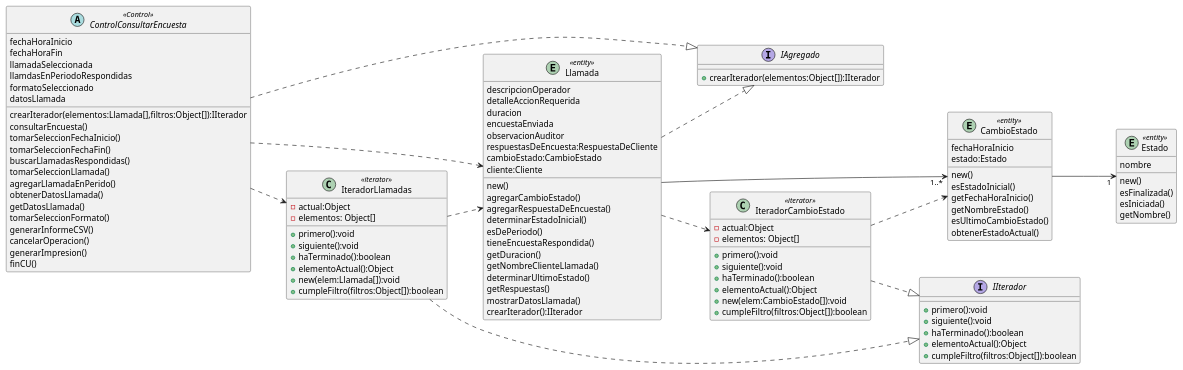
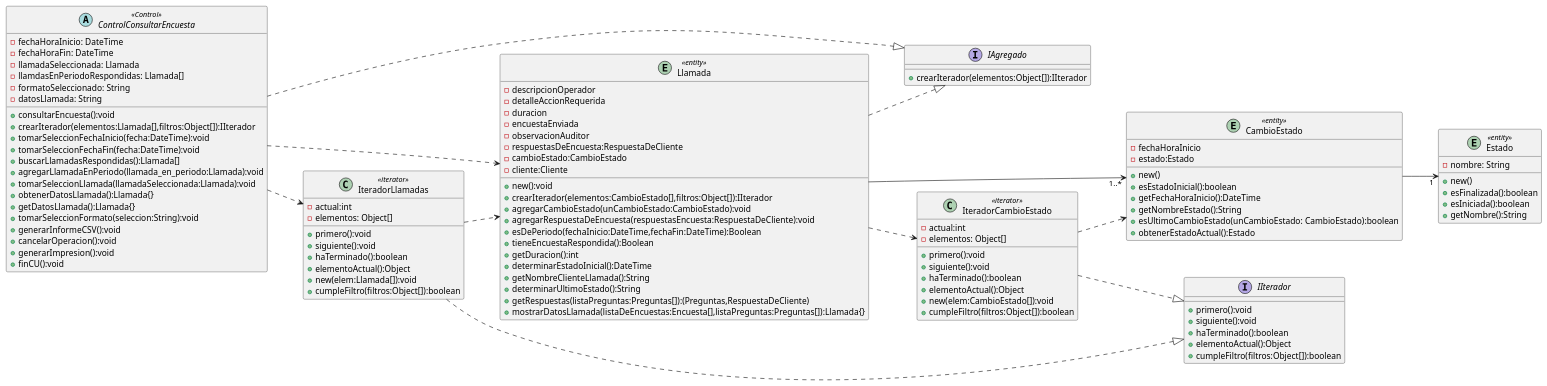
The diagram in PPAI/entrega3/cu44 classDiagram.puml (ReynaTeodoro/2023DSI), drawn with PlantUML before and after one commit. The commit also changed 3 other files, not shown here.

Commit message:
Diagramas Consistentes con el codigo

```diff
--- a/PPAI/entrega3/cu44 classDiagram.puml
+++ b/PPAI/entrega3/cu44 classDiagram.puml
@@ -1,126 +1,126 @@
 @startuml
 left to right direction
 entity CambioEstado <<entity>>{
-fechaHoraInicio
-estado:Estado
+-fechaHoraInicio
+-estado:Estado
 
-new()
-esEstadoInicial()
-getFechaHoraInicio()
-getNombreEstado()
-esUltimoCambioEstado()
-obtenerEstadoActual()
++new()
++esEstadoInicial():boolean
++getFechaHoraInicio():DateTime
++getNombreEstado():String
++esUltimoCambioEstado(unCambioEstado: CambioEstado):boolean
++obtenerEstadoActual():Estado
 }
 
 entity Estado <<entity>>{
-nombre
+-nombre: String
 
-new()
-esFinalizada()
-esIniciada()
-getNombre()
++new()
++esFinalizada():boolean
++esIniciada():boolean
++getNombre():String
 }
 interface IAgregado{
     + crearIterador(elementos:Object[]):IIterador
 }
 
 interface IIterador{
     + primero():void
     + siguiente():void
     + haTerminado():boolean
     + elementoActual():Object
     + cumpleFiltro(filtros:Object[]):boolean
 }
 class IteradorLlamadas<<iterator>>{
-  - actual:Object
+  - actual:int
   - elementos: Object[]
 
   + primero():void
   + siguiente():void
   + haTerminado():boolean
   + elementoActual():Object
   + new(elem:Llamada[]):void
   + cumpleFiltro(filtros:Object[]):boolean
 }
 
 class IteradorCambioEstado<<iterator>>{
-  - actual:Object
+  - actual:int
   - elementos: Object[]
 
   + primero():void
   + siguiente():void
   + haTerminado():boolean
   + elementoActual():Object
   + new(elem:CambioEstado[]):void
   + cumpleFiltro(filtros:Object[]):boolean
 }
 
 
 entity Llamada <<entity>> {
-descripcionOperador
-detalleAccionRequerida
-duracion
-encuestaEnviada
-observacionAuditor
-respuestasDeEncuesta:RespuestaDeCliente
-cambioEstado:CambioEstado
-cliente:Cliente
+- descripcionOperador
+- detalleAccionRequerida
+-duracion
+-encuestaEnviada
+-observacionAuditor
+-respuestasDeEncuesta:RespuestaDeCliente
+-cambioEstado:CambioEstado
+-cliente:Cliente
++new():void
++crearIterador(elementos:CambioEstado[],filtros:Object[]):IIterador
++agregarCambioEstado(unCambioEstado:CambioEstado):void
++agregarRespuestaDeEncuesta(respuestasEncuesta:RespuestaDeCliente):void
++esDePeriodo(fechaInicio:DateTime,fechaFin:DateTime):Boolean
++tieneEncuestaRespondida():Boolean
++getDuracion():int
++determinarEstadoInicial():DateTime
++getNombreClienteLlamada():String
++determinarUltimoEstado():String
++getRespuestas(listaPreguntas:Preguntas[]):(Preguntas,RespuestaDeCliente)
++mostrarDatosLlamada(listaDeEncuestas:Encuesta[],listaPreguntas:Preguntas[]):Llamada{}
 
-new()
-agregarCambioEstado()
-agregarRespuestaDeEncuesta()
-determinarEstadoInicial()
-esDePeriodo()
-tieneEncuestaRespondida()
-getDuracion()
-getNombreClienteLlamada()
-determinarUltimoEstado()
-getRespuestas()
-mostrarDatosLlamada()
-crearIterador():IIterador
 }
 
 
 
 abstract ControlConsultarEncuesta<<Control>>{
-fechaHoraInicio
-fechaHoraFin
-llamadaSeleccionada
-llamdasEnPeriodoRespondidas
-formatoSeleccionado
-datosLlamada
+- fechaHoraInicio: DateTime
+- fechaHoraFin: DateTime
+- llamadaSeleccionada: Llamada
+- llamdasEnPeriodoRespondidas: Llamada[]
+- formatoSeleccionado: String
+- datosLlamada: String
 
-crearIterador(elementos:Llamada[],filtros:Object[]):IIterador
-consultarEncuesta()
-tomarSeleccionFechaInicio()
-tomarSeleccionFechaFin()
-buscarLlamadasRespondidas()
-tomarSeleccionLlamada()
-agregarLlamadaEnPerido()
-obtenerDatosLlamada()
-getDatosLlamada()
-tomarSeleccionFormato()
-generarInformeCSV()
-cancelarOperacion()
-generarImpresion()
-finCU()
++consultarEncuesta():void
++crearIterador(elementos:Llamada[],filtros:Object[]):IIterador
++tomarSeleccionFechaInicio(fecha:DateTime):void
++tomarSeleccionFechaFin(fecha:DateTime):void
++buscarLlamadasRespondidas():Llamada[]
++agregarLlamadaEnPeriodo(llamada_en_periodo:Llamada):void
++tomarSeleccionLlamada(llamadaSeleccionada:Llamada):void
++obtenerDatosLlamada():Llamada{}
++getDatosLlamada():Llamada{}
++tomarSeleccionFormato(seleccion:String):void
++generarInformeCSV():void
++cancelarOperacion():void
++generarImpresion():void
++finCU():void
 }
 CambioEstado-->"1"Estado
 IteradorLlamadas ..> Llamada
 IteradorCambioEstado ..> CambioEstado
 Llamada -->"1..*"CambioEstado
 
 
 
 IteradorLlamadas ..|> IIterador
 IteradorCambioEstado ..|> IIterador
 ControlConsultarEncuesta ..|> IAgregado
 Llamada ..|> IAgregado
 ControlConsultarEncuesta ..> IteradorLlamadas
 Llamada ..> IteradorCambioEstado
 
 ControlConsultarEncuesta ..> Llamada
 
 
 
 @enduml
```
